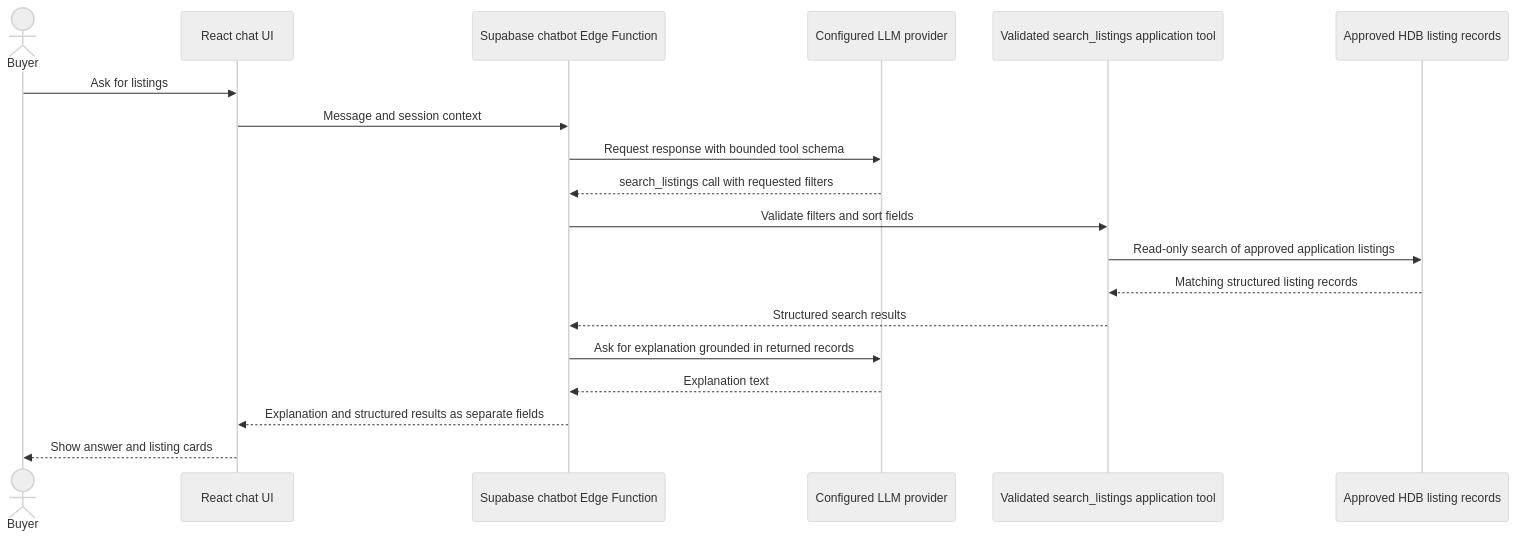
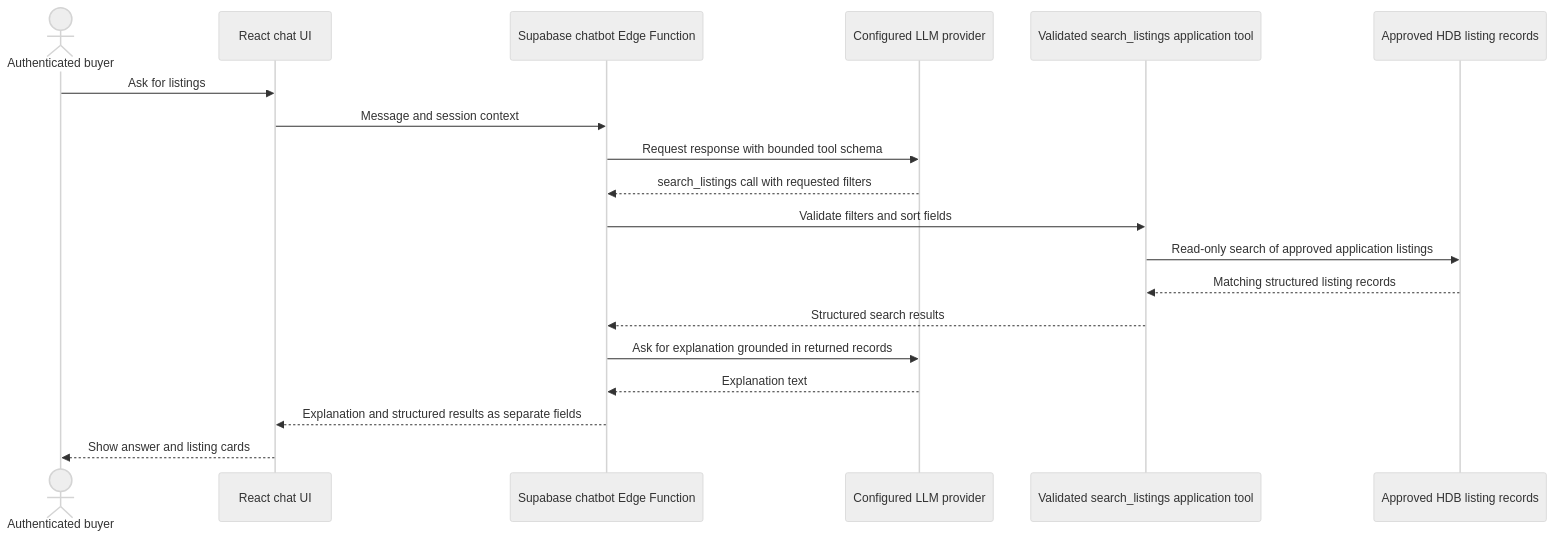
Before and after one commit to Nitecry7/SC3040-Software-Engineering-Project: the first of 2 diagrams in SGHomie/docs/chatbot/README.md, drawn with Mermaid (neutral theme). The commit also changed other lines of this file and 23 other files, not shown here.

````diff
--- a/SGHomie/docs/chatbot/README.md
+++ b/SGHomie/docs/chatbot/README.md
@@ -9,21 +38,21 @@
 ```mermaid
 sequenceDiagram
-    actor Buyer
+    actor Buyer as Authenticated buyer
     participant UI as React chat UI
     participant Edge as Supabase chatbot Edge Function
     participant LLM as Configured LLM provider
     participant Tool as Validated search_listings application tool
     participant DB as Approved HDB listing records
     Buyer->>UI: Ask for listings
     UI->>Edge: Message and session context
     Edge->>LLM: Request response with bounded tool schema
     LLM-->>Edge: search_listings call with requested filters
     Edge->>Tool: Validate filters and sort fields
     Tool->>DB: Read-only search of approved application listings
     DB-->>Tool: Matching structured listing records
     Tool-->>Edge: Structured search results
     Edge->>LLM: Ask for explanation grounded in returned records
     LLM-->>Edge: Explanation text
     Edge-->>UI: Explanation and structured results as separate fields
     UI-->>Buyer: Show answer and listing cards
 ```
````
